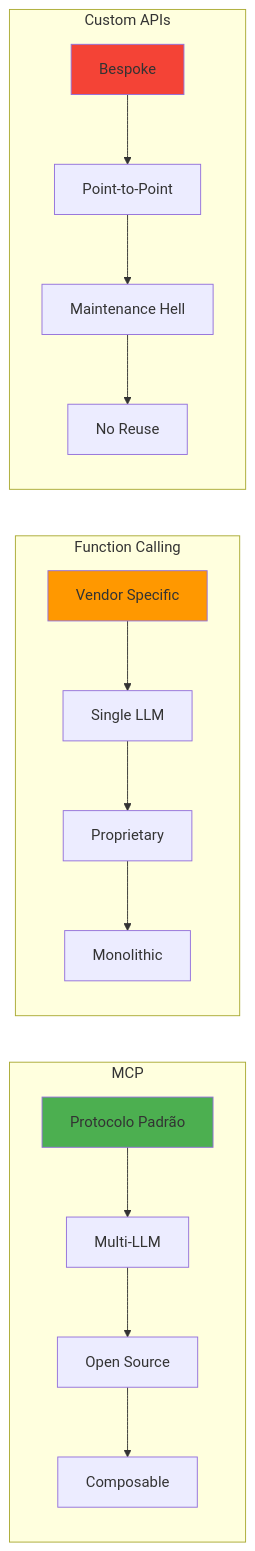
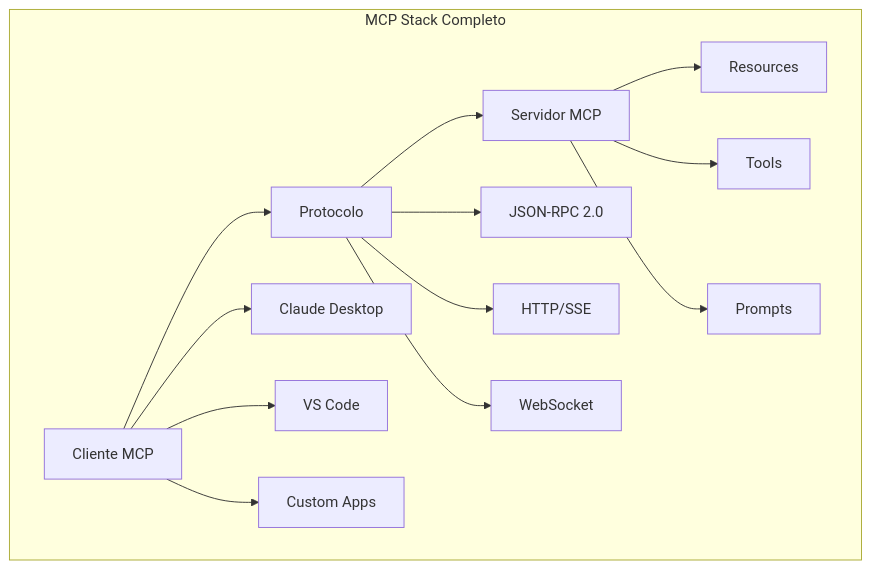
One commit to felipepimentel/my-public-notes changed diagram 19 of 19 in AI/Comunicação/MCP/00-mcp-presentation-zero to hero.md. Above: the diagram before and after it, drawn with Mermaid. The commit also changed other lines of this file, not shown here.

````diff
--- a/AI/Comunicação/MCP/00-mcp-presentation-zero to hero.md
+++ b/AI/Comunicação/MCP/00-mcp-presentation-zero to hero.md
@@ -523,24 +775,19 @@
 ```mermaid
-graph LR
-    subgraph "MCP"
-        M1[Protocolo Padrão] --> M2[Multi-LLM]
-        M2 --> M3[Open Source]
-        M3 --> M4[Composable]
+graph TB
+    subgraph "MCP Stack Completo"
+        CLIENT[Cliente MCP] --> PROTO[Protocolo]
+        PROTO --> SERVER[Servidor MCP]
+        
+        CLIENT --> C1[Claude Desktop]
+        CLIENT --> C2[VS Code]
+        CLIENT --> C3[Custom Apps]
+        
+        SERVER --> S1[Resources]
+        SERVER --> S2[Tools]
+        SERVER --> S3[Prompts]
+        
+        PROTO --> P1[JSON-RPC 2.0]
+        PROTO --> P2[HTTP/SSE]
+        PROTO --> P3[WebSocket]
     end
-    
-    subgraph "Function Calling"
-        F1[Vendor Specific] --> F2[Single LLM]
-        F2 --> F3[Proprietary]
-        F3 --> F4[Monolithic]
-    end
-    
-    subgraph "Custom APIs"
-        C1[Bespoke] --> C2[Point-to-Point]
-        C2 --> C3[Maintenance Hell]
-        C3 --> C4[No Reuse]
-    end
-    
-    style M1 fill:#4CAF50
-    style F1 fill:#ff9800
-    style C1 fill:#f44336
 ```
````
